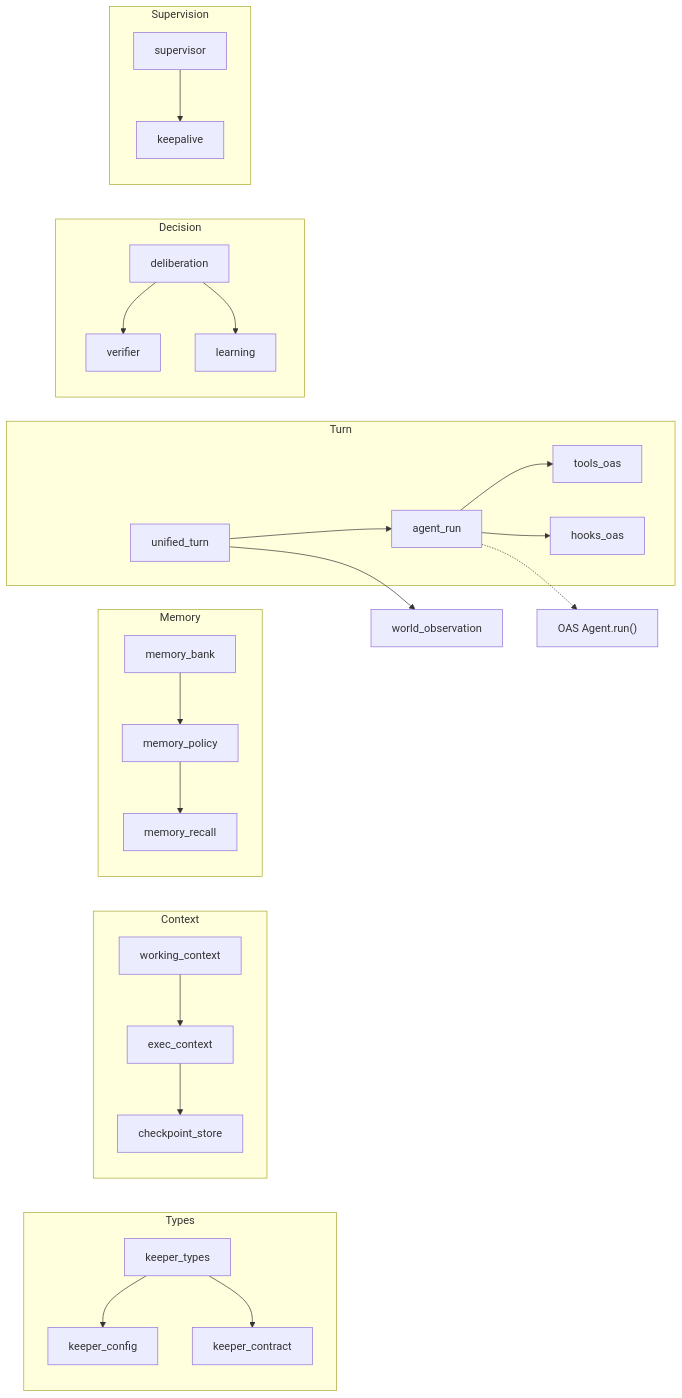
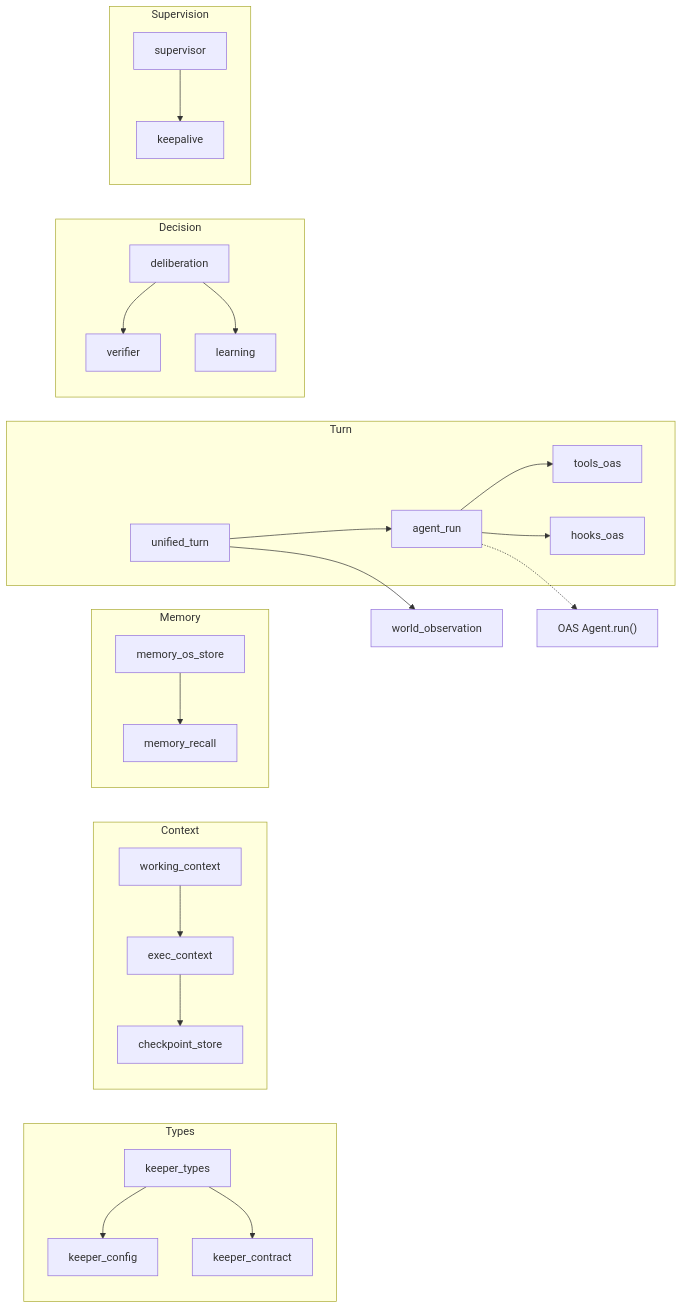
Before and after one commit to jeong-sik/masc: the first of 4 diagrams in docs/spec/05-keeper-agent.md, drawn with Mermaid. The commit also changed other lines of this file and 84 other files, not shown here.

````diff
--- a/docs/spec/05-keeper-agent.md
+++ b/docs/spec/05-keeper-agent.md
@@ -39,26 +39,26 @@
 ```mermaid
 graph LR
   subgraph Types
     KT[keeper_types] --> KC[keeper_config]
     KT --> KCT[keeper_contract]
   end
   subgraph Context
     KWC[working_context] --> KEC[exec_context] --> KCS[checkpoint_store]
   end
   subgraph Memory
-    KMB[memory_bank] --> KMP[memory_policy] --> KMR[memory_recall]
+    KMO[memory_os_store] --> KMR[memory_recall]
   end
   subgraph Turn
     KUT[unified_turn] --> KAR[agent_run] --> KTO[tools_oas]
     KAR --> KHO[hooks_oas]
   end
   subgraph Decision
     KD[deliberation] --> KV[verifier]
     KD --> KL[learning]
   end
   subgraph Supervision
     KRS[supervisor] --> KKA[keepalive]
   end
   KUT --> KWO[world_observation]
   KAR -.-> OAS["OAS Agent.run()"]
 ```
````
